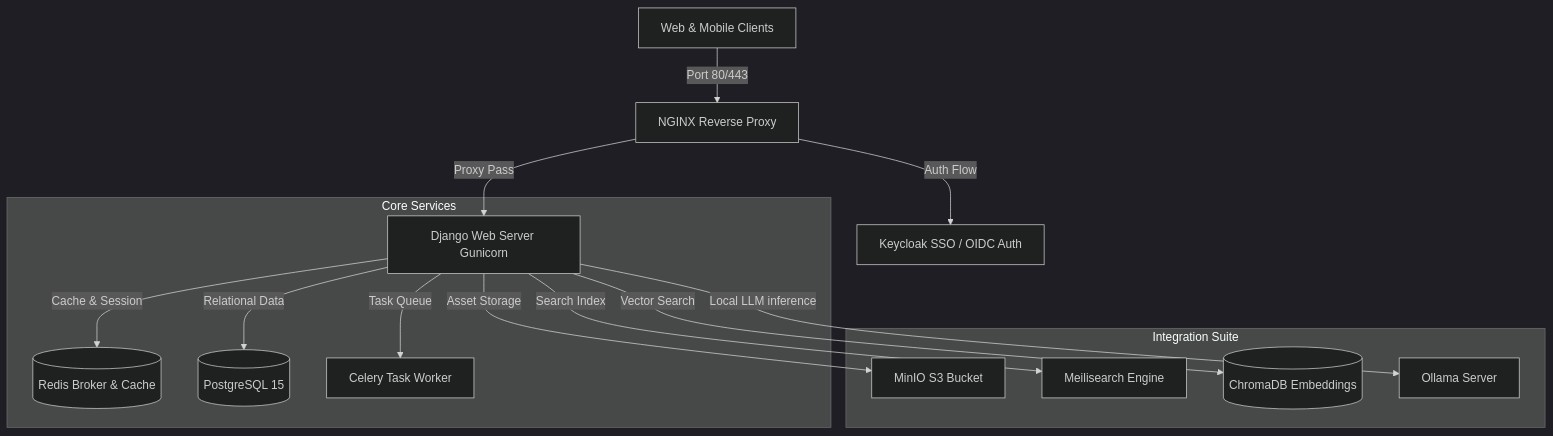
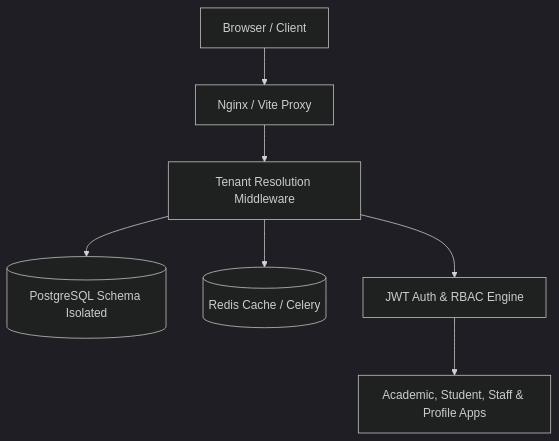
The diagram in README.md (amaanmulani9-ai/College-ERP), drawn with Mermaid (dark theme) before and after one commit. The commit also changed other lines of this file and 226 other files, not shown here.

````diff
--- a/README.md
+++ b/README.md
@@ -51,19 +28,9 @@
 ```mermaid
 graph TD
-    Client[Web & Mobile Clients] -->|Port 80/443| Nginx[NGINX Reverse Proxy]
-    Nginx -->|Proxy Pass| Django[Django Web Server Gunicorn]
-    Nginx -->|Auth Flow| Keycloak[Keycloak SSO / OIDC Auth]
-    
-    subgraph Core Services
-        Django -->|Cache & Session| Redis[(Redis Broker & Cache)]
-        Django -->|Relational Data| Postgres[(PostgreSQL 15)]
-        Django -->|Task Queue| Celery[Celery Task Worker]
-    end
-
-    subgraph Integration Suite
-        Django -->|Asset Storage| MinIO[MinIO S3 Bucket]
-        Django -->|Search Index| Meilisearch[Meilisearch Engine]
-        Django -->|Vector Search| ChromaDB[(ChromaDB Embeddings)]
-        Django -->|Local LLM inference| Ollama[Ollama Server]
-    end
+    User[Browser / Client] --> Proxy[Nginx / Vite Proxy]
+    Proxy --> TenantMW[Tenant Resolution Middleware]
+    TenantMW --> DB[(PostgreSQL Schema Isolated)]
+    TenantMW --> Cache[(Redis Cache / Celery)]
+    TenantMW --> Auth[JWT Auth & RBAC Engine]
+    Auth --> Modules[Academic, Student, Staff & Profile Apps]
 ```
````
